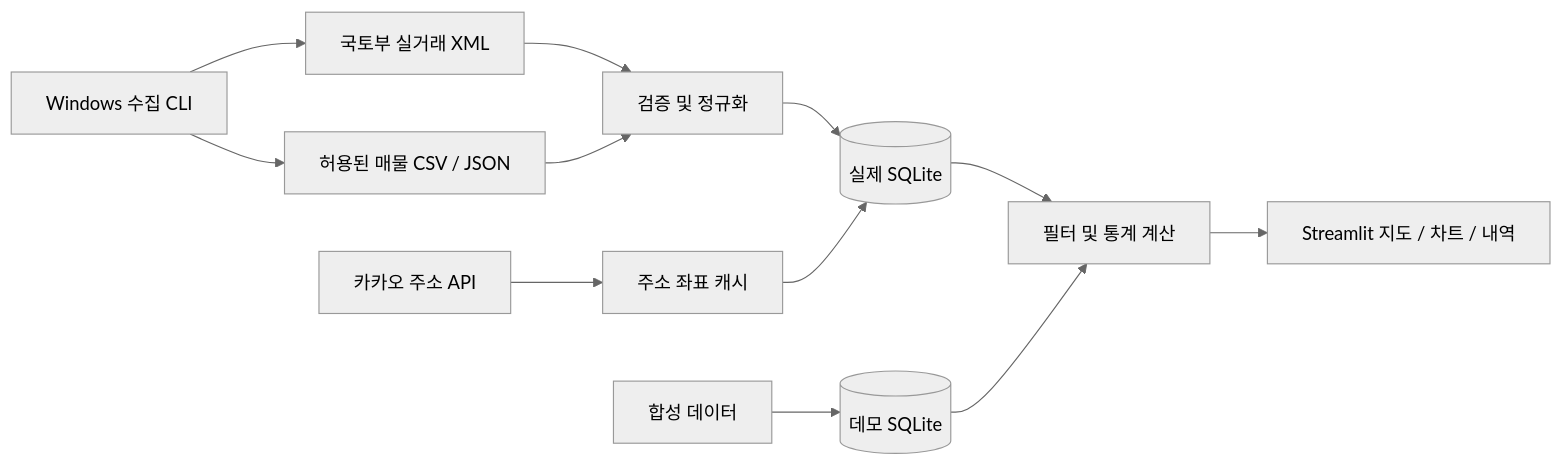
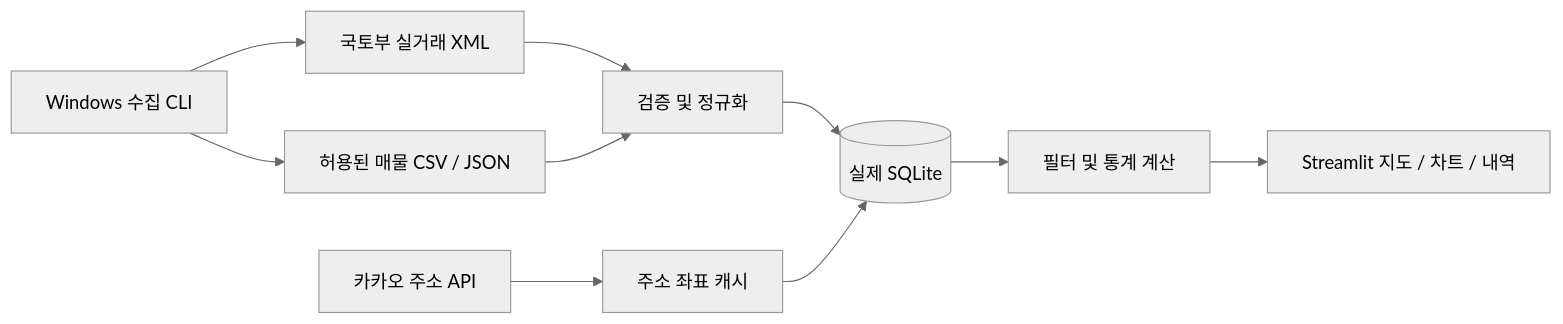
One commit to Psionic7/real-estate changed the diagram in docs/PROJECT_PLAN.md. Above: the diagram before and after it, drawn with Mermaid (neutral theme). The commit also changed other lines of this file and 14 other files, not shown here.

````diff
--- a/docs/PROJECT_PLAN.md
+++ b/docs/PROJECT_PLAN.md
@@ -59,14 +59,12 @@
 ```mermaid
 flowchart LR
     A[국토부 실거래 XML] --> D[검증 및 정규화]
     B[허용된 매물 CSV / JSON] --> D
     D --> E[(실제 SQLite)]
     G[카카오 주소 API] --> C[주소 좌표 캐시]
     C --> E
     E --> F[필터 및 통계 계산]
     F --> H[Streamlit 지도 / 차트 / 내역]
-    I[합성 데이터] --> J[(데모 SQLite)]
-    J --> F
     K[Windows 수집 CLI] --> A
     K --> B
 ```
````
